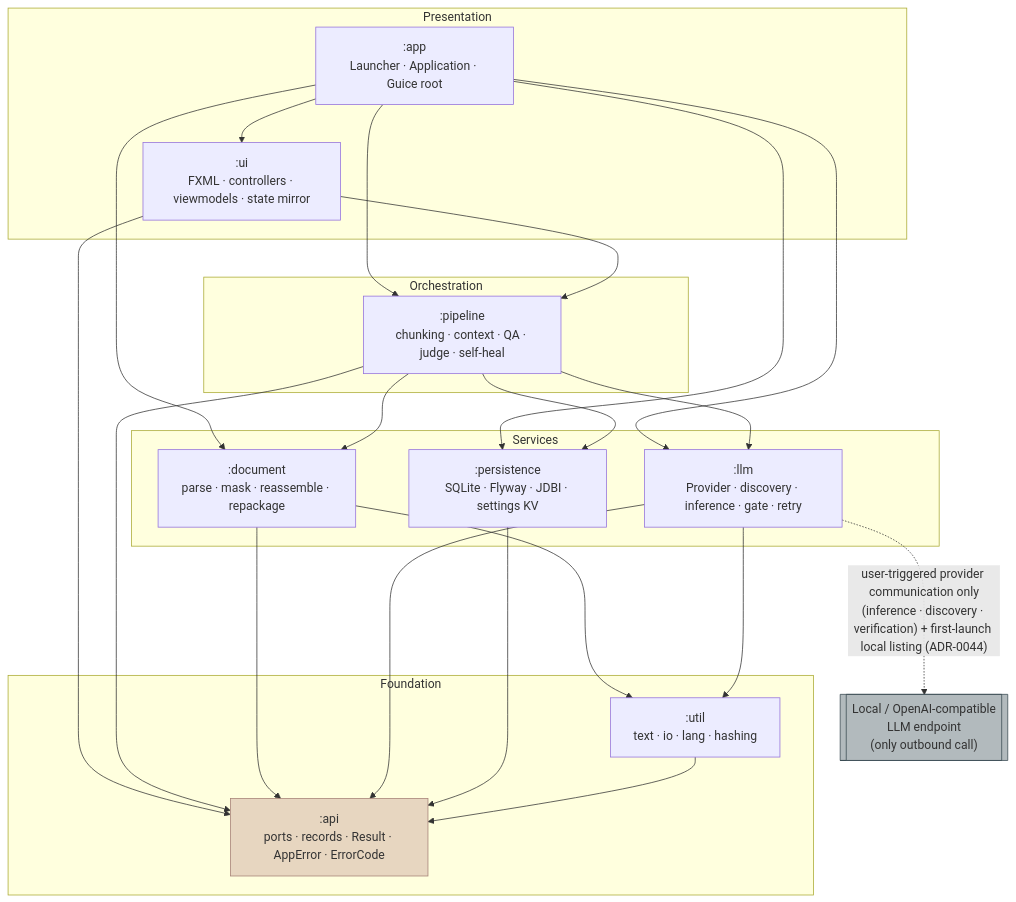
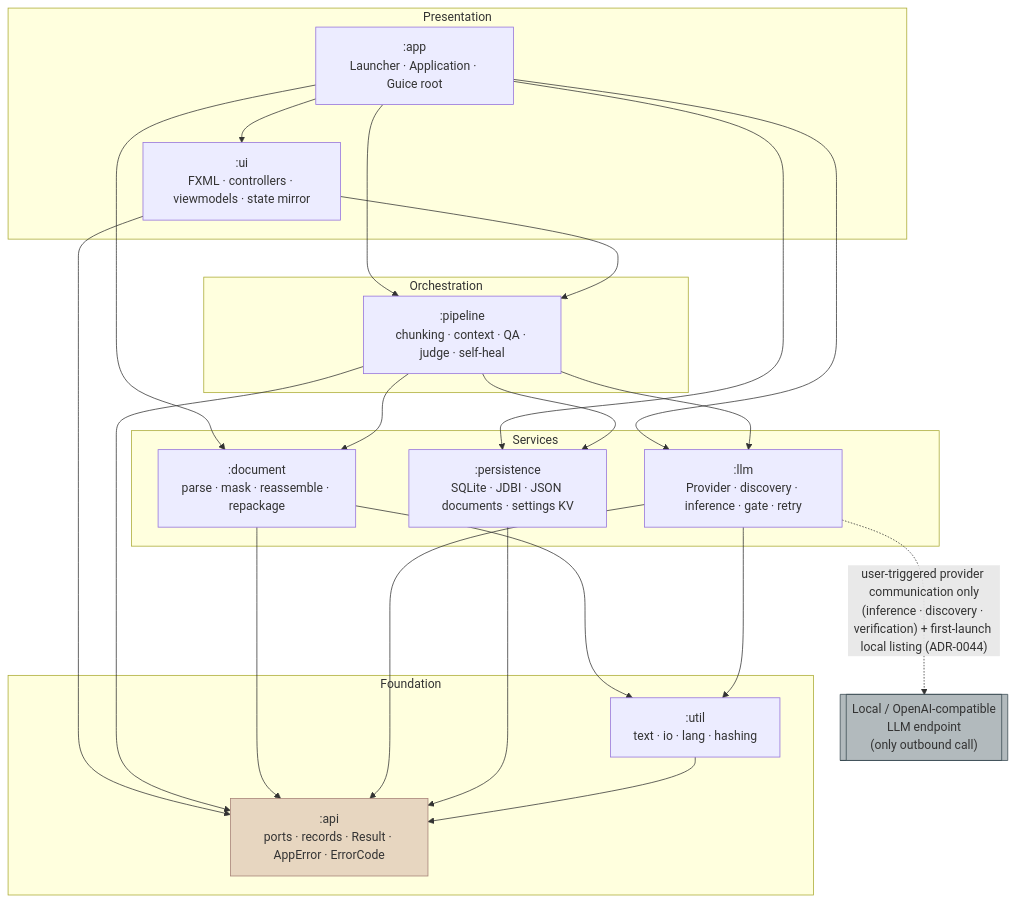
The diagram in docs/specification/02_Architecture/01_SYSTEM_ARCHITECTURE.md (sanyokkua/book_loom), drawn with Mermaid before and after one commit. The commit also changed 33 other files, not shown here.

````diff
--- a/docs/specification/02_Architecture/01_SYSTEM_ARCHITECTURE.md
+++ b/docs/specification/02_Architecture/01_SYSTEM_ARCHITECTURE.md
@@ -81,42 +81,42 @@
 ```mermaid
 flowchart TD
     subgraph Presentation
         APP[":app<br/>Launcher · Application · Guice root"]
         UI[":ui<br/>FXML · controllers · viewmodels · state mirror"]
     end
     subgraph Orchestration
         PIPE[":pipeline<br/>chunking · context · QA · judge · self-heal"]
     end
     subgraph Services
         DOC[":document<br/>parse · mask · reassemble · repackage"]
         LLM[":llm<br/>Provider · discovery · inference · gate · retry"]
-        PERS[":persistence<br/>SQLite · Flyway · JDBI · settings KV"]
+        PERS[":persistence<br/>SQLite · JDBI · JSON documents · settings KV"]
     end
     subgraph Foundation
         API[":api<br/>ports · records · Result · AppError · ErrorCode"]
         UTIL[":util<br/>text · io · lang · hashing"]
     end
     EXT[["Local / OpenAI-compatible<br/>LLM endpoint<br/>(only outbound call)"]]
 
     APP --> UI
     APP --> PIPE
     APP --> DOC
     APP --> LLM
     APP --> PERS
     UI --> PIPE
     UI --> API
     PIPE --> DOC
     PIPE --> LLM
     PIPE --> PERS
     PIPE --> API
     DOC --> API
     DOC --> UTIL
     LLM --> API
     LLM --> UTIL
     PERS --> API
     UTIL --> API
     LLM -. "user-triggered provider communication only<br/>(inference · discovery · verification) + first-launch local listing (ADR-0044)" .-> EXT
 
     style API fill:#e7d6c0,stroke:#a58075
     style EXT fill:#b2babd,stroke:#3a4a52
 ```
````
